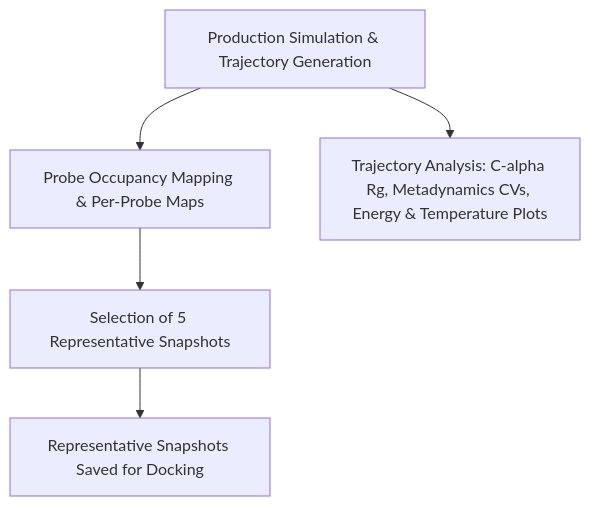
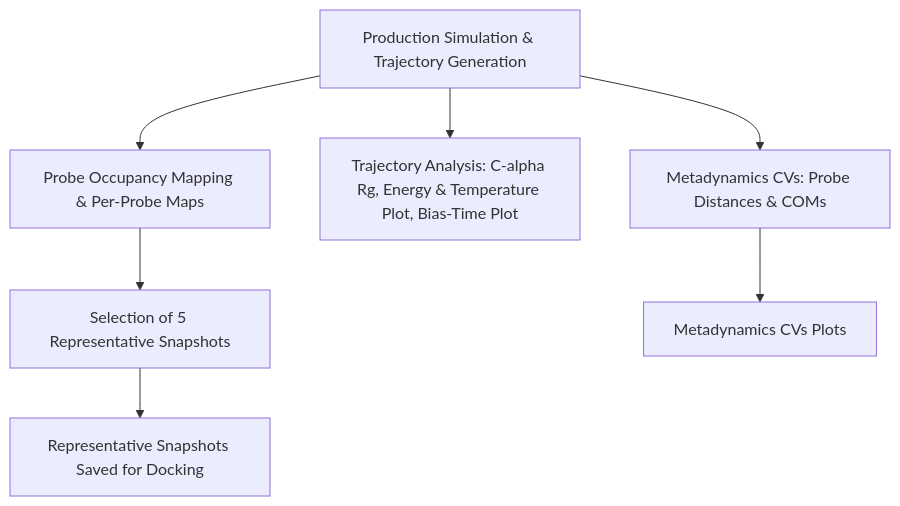
The fourth of 4 diagrams in Frag_to_lead_4MZI/README.md (marcuswangweihow/FBDD), drawn with Mermaid before and after one commit. The commit also changed other lines of this file, not shown here.

````diff
--- a/Frag_to_lead_4MZI/README.md
+++ b/Frag_to_lead_4MZI/README.md
@@ -171,8 +174,10 @@
 ```mermaid
 flowchart TD
-    J["Production Simulation & Trajectory Generation"] --> K["Probe Occupancy Mapping & Per-Probe Maps"]
-    K --> L["Selection of 5 Representative Snapshots"]
-    L --> N["Representative Snapshots Saved for Docking"]
-    
-    J --> M["Trajectory Analysis: C-alpha Rg, Metadynamics CVs, Energy & Temperature Plots"]
+    K["Production Simulation & Trajectory Generation"] --> L["Probe Occupancy Mapping & Per-Probe Maps"]
+    L --> M["Selection of 5 Representative Snapshots"]
+    M --> N["Representative Snapshots Saved for Docking"]
+
+    K --> O["Trajectory Analysis: C-alpha Rg, Energy & Temperature Plot, Bias-Time Plot"]
+    K --> P["Metadynamics CVs: Probe Distances & COMs"]
+    P --> Q["Metadynamics CVs Plots"]
 ```
````
